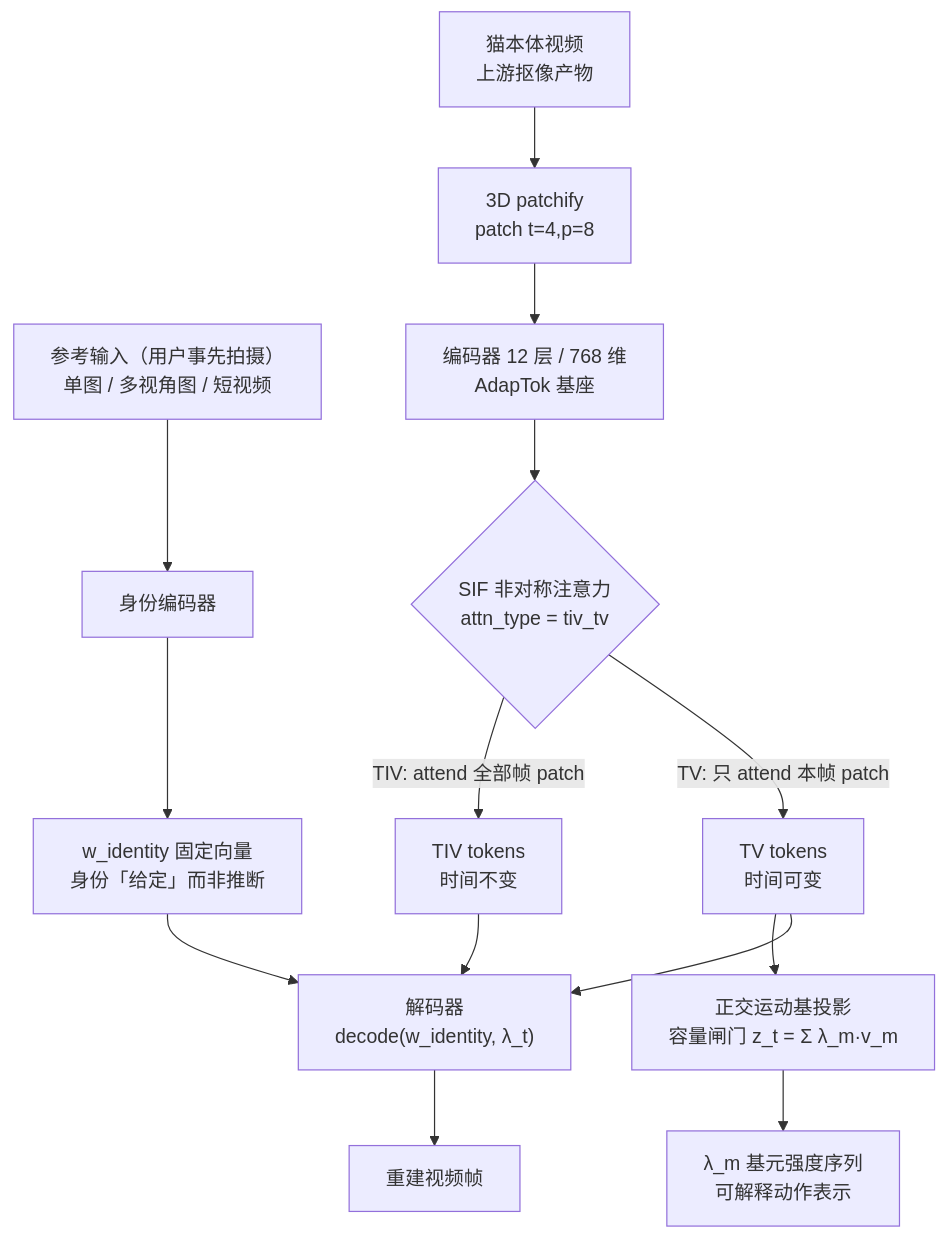
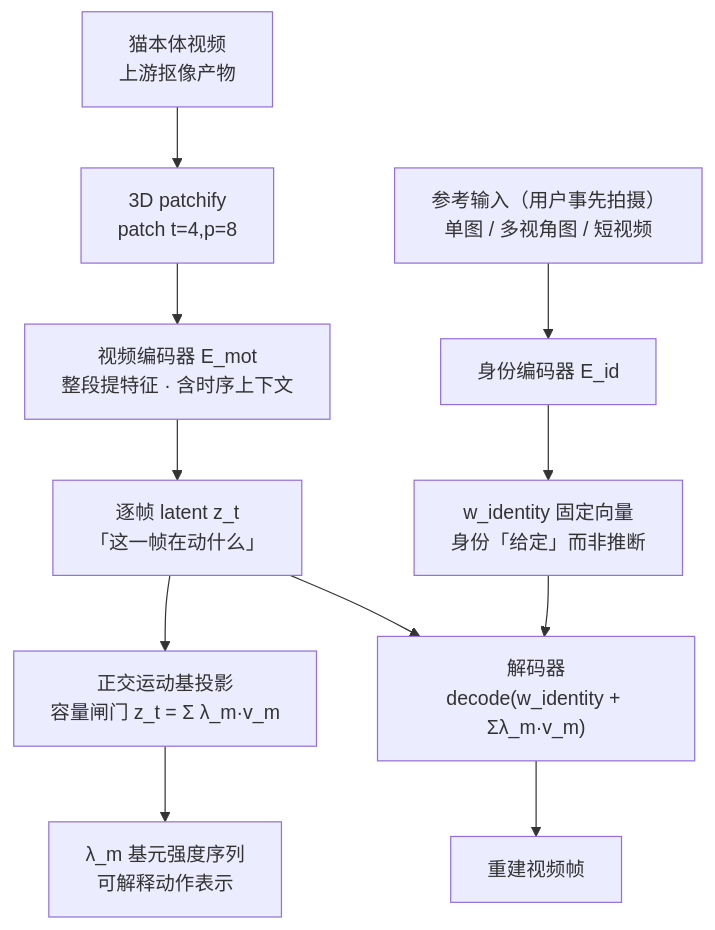
Before and after one commit to gongshangzheng/pet-action-recognition: the first of 2 diagrams in management/docs/identity-tokenizer.md, drawn with Mermaid. The commit also changed other lines of this file and 5 other files, not shown here.

First line of the commit message:
design(identity): 架构主源转向 FLOAT，TivTok SIF 退出主线（整理为备档文档）

````diff
--- a/management/docs/identity-tokenizer.md
+++ b/management/docs/identity-tokenizer.md
@@ -56,21 +60,17 @@
 ```mermaid
 flowchart TD
-    R["参考输入（用户事先拍摄）<br/>单图 / 多视角图 / 短视频"] --> E0[身份编码器]
+    R["参考输入（用户事先拍摄）<br/>单图 / 多视角图 / 短视频"] --> E0[身份编码器 E_id]
     E0 --> L["w_identity 固定向量<br/>身份「给定」而非推断"]
 
     A[猫本体视频<br/>上游抠像产物] --> B["3D patchify<br/>patch t=4,p=8"]
-    B --> C["编码器 12 层 / 768 维<br/>AdapTok 基座"]
+    B --> C["视频编码器 E_mot<br/>整段提特征 · 含时序上下文"]
 
-    C --> D{"SIF 非对称注意力<br/>attn_type = tiv_tv"}
-
-    D -->|"TIV: attend 全部帧 patch"| E[TIV tokens<br/>时间不变]
-    D -->|"TV: 只 attend 本帧 patch"| F[TV tokens<br/>时间可变]
+    C --> F[逐帧 latent z_t<br/>「这一帧在动什么」]
 
     F --> H["正交运动基投影<br/>容量闸门 z_t = Σ λ_m·v_m"]
     H --> I["λ_m 基元强度序列<br/>可解释动作表示"]
 
-    E --> J["解码器<br/>decode(w_identity, λ_t)"]
-    F --> J
+    F --> J["解码器<br/>decode(w_identity + Σλ_m·v_m)"]
     L --> J
     J --> K[重建视频帧]
 ```
````
